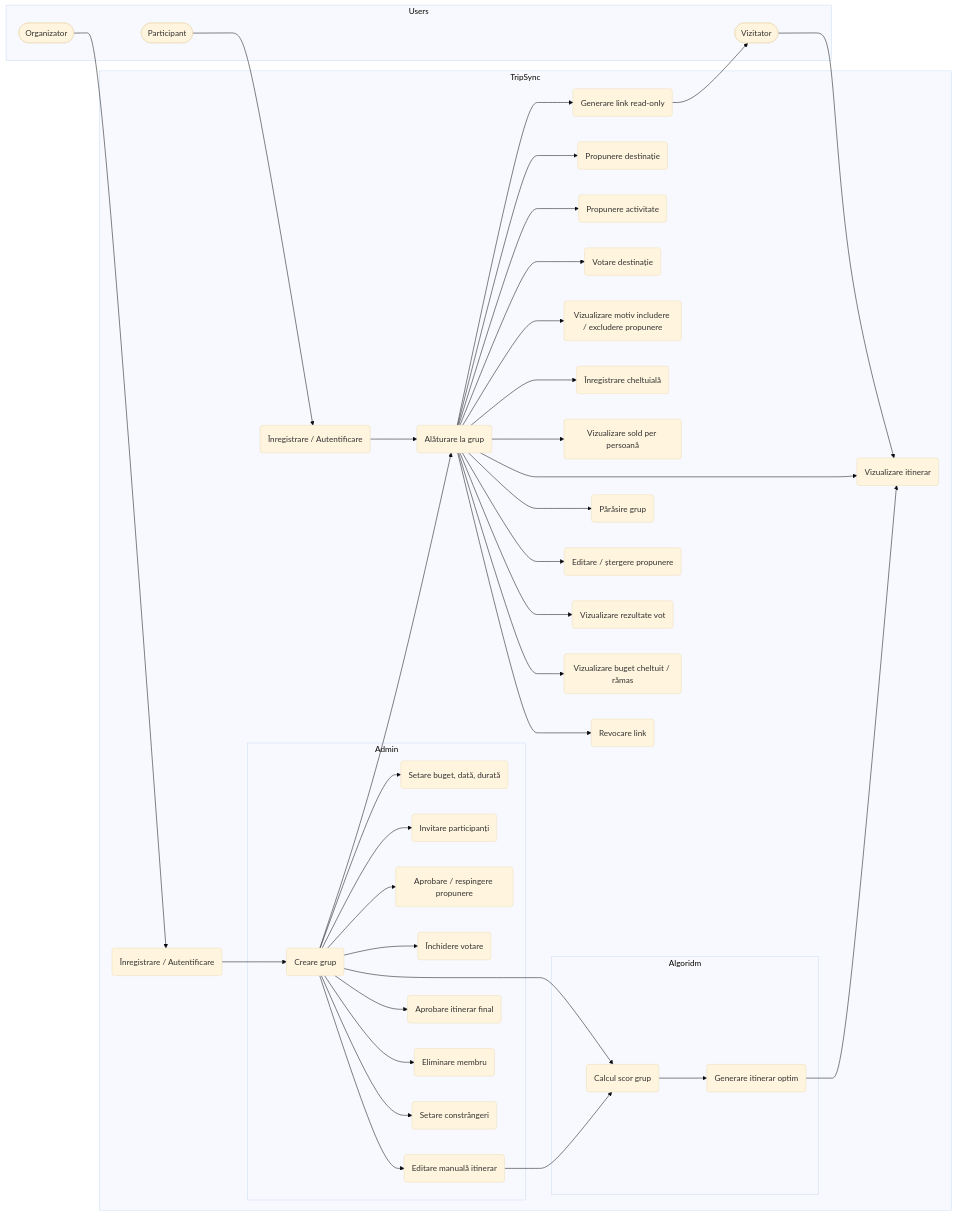
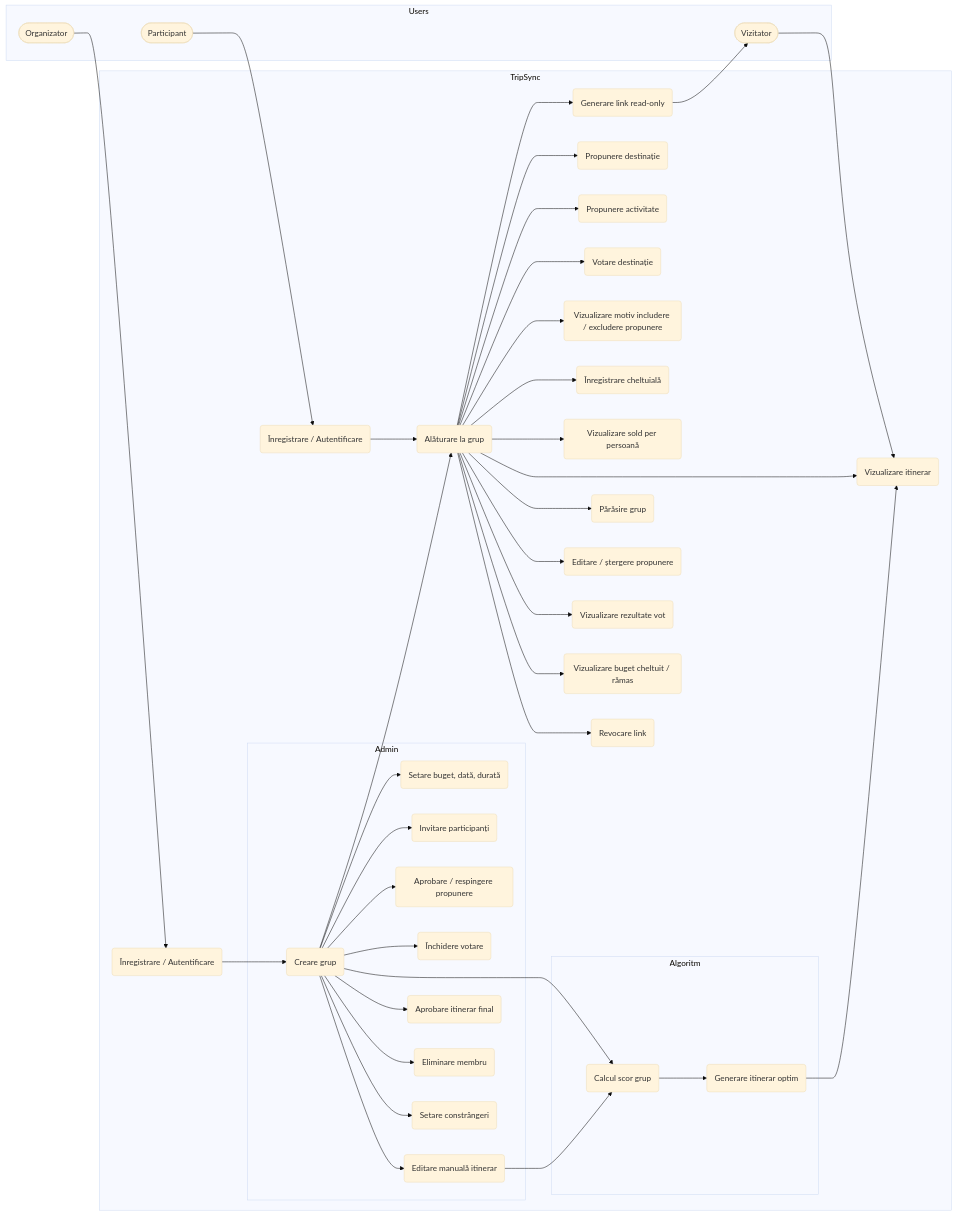
One commit to vghidic/trip_sync changed the diagram in doc/project_doc.md. Above: the diagram before and after it, drawn with Mermaid (base theme). The commit also changed other lines of this file, not shown here.

````diff
--- a/doc/project_doc.md
+++ b/doc/project_doc.md
@@ -157,58 +158,58 @@
 ```mermaid
 flowchart LR
     subgraph Users
       V(["Vizitator"])
       P(["Participant"])
       O(["Organizator"])
     end
 
     subgraph TripSync
         PUC1("Înregistrare / Autentificare")
         OUC1("Înregistrare / Autentificare")
 
         subgraph Admin
           UC2("Creare grup")
           UC3("Setare buget, dată, durată")
           UC4("Invitare participanți")
           UC8("Aprobare / respingere propunere")
           UC11("Închidere votare")
           UC15("Editare manuală itinerar")
           UC16("Aprobare itinerar final")
           UC22("Eliminare membru")
           UC25("Setare constrângeri")
         end
 
-        subgraph Algoridm
+        subgraph Algoritm
           UC12("Generare itinerar optim")
           UC13("Calcul scor grup")
         end
 
         UC5("Alăturare la grup")
         UC6("Propunere destinație")
         UC7("Propunere activitate")
         UC9("Votare destinație")
         UC14("Vizualizare motiv includere / excludere propunere")
         UC17("Vizualizare itinerar")
         UC18("Înregistrare cheltuială")
         UC19("Vizualizare sold per persoană")
         UC20("Generare link read-only")
         UC21("Părăsire grup")
         UC23("Editare / ștergere propunere")
         UC24("Vizualizare rezultate vot")
         UC26("Vizualizare buget cheltuit / rămas")
         UC27("Revocare link")
     end
 
     V --> UC17
     P --> PUC1
     O --> OUC1
     OUC1 --> UC2
     PUC1 --> UC5
     UC2 --> UC3 & UC5 & UC4 & UC8 & UC11 & UC13 & UC15 & UC16 & UC22 & UC25
     UC5 --> UC6 & UC7 & UC9 & UC14 & UC17 & UC18 & UC19 & UC20 & UC21 & UC23 & UC24 & UC26 & UC27
     UC12 --> UC17
     UC13 --> UC12
     UC15 --> UC13
     UC20 --> V
 
 ```
````
